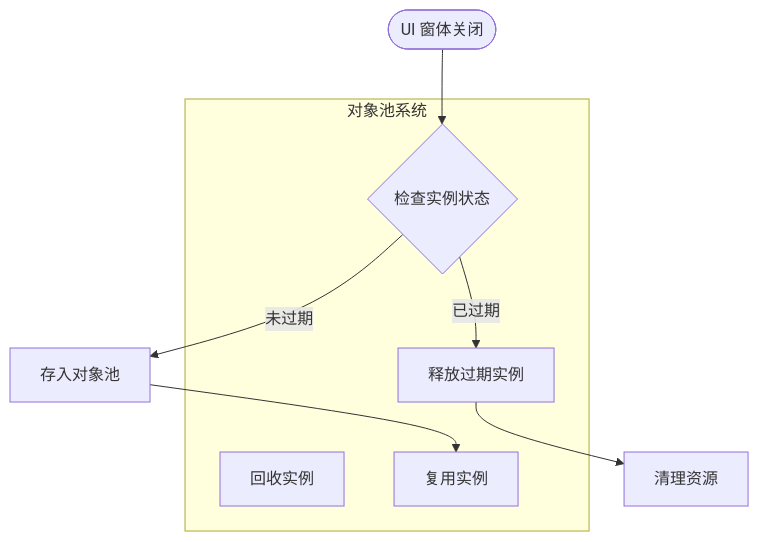
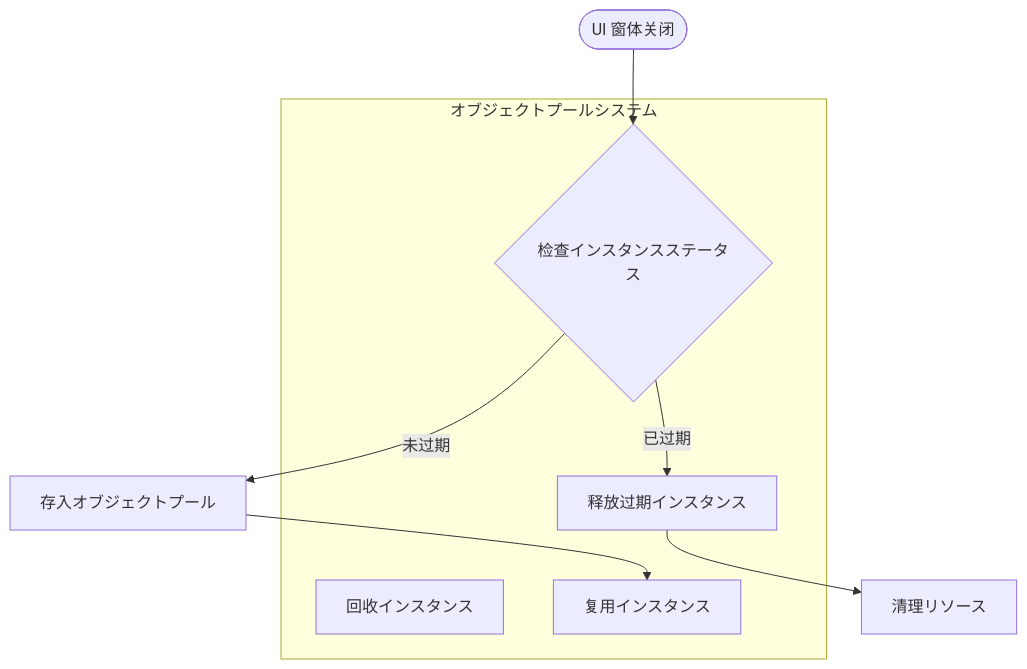
The third of 4 diagrams in docs/ja/client/unity/component/ui/04.ui-component.md (AlianBlank/GameFrameX.Docs), drawn with Mermaid before and after one commit. The commit also changed other lines of this file and 603 other files, not shown here.

````diff
--- a/docs/ja/client/unity/component/ui/04.ui-component.md
+++ b/docs/ja/client/unity/component/ui/04.ui-component.md
@@ -152,15 +152,15 @@
 ```mermaid
 flowchart TD
-    subgraph ObjectPool["对象池系统"]
-        Check{检查实例状态}
-        Recycle["回收实例"]
-        Release["释放过期实例"]
-        Reuse["复用实例"]
+    subgraph ObjectPool["オブジェクトプールシステム"]
+        Check{检查インスタンスステータス}
+        Recycle["回收インスタンス"]
+        Release["释放过期インスタンス"]
+        Reuse["复用インスタンス"]
     end
 
     Start([UI 窗体关闭]) --> Check
-    Check -->|未过期| Pool[存入对象池]
+    Check -->|未过期| Pool[存入オブジェクトプール]
     Pool --> Reuse
     Check -->|已过期| Release
-    Release --> Cleanup[清理资源]
+    Release --> Cleanup[清理リソース]
 ```
````
